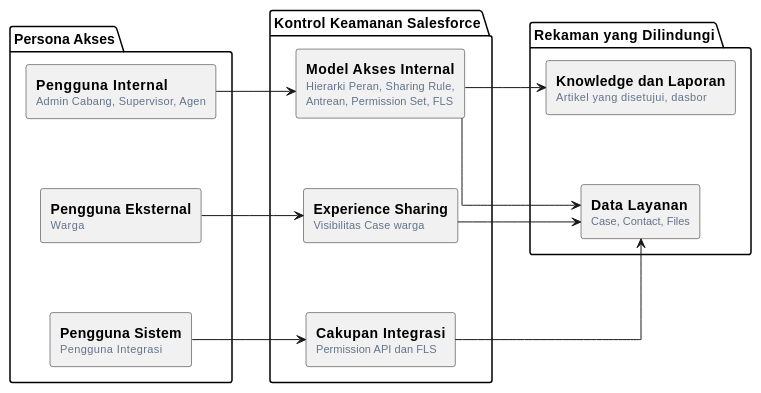
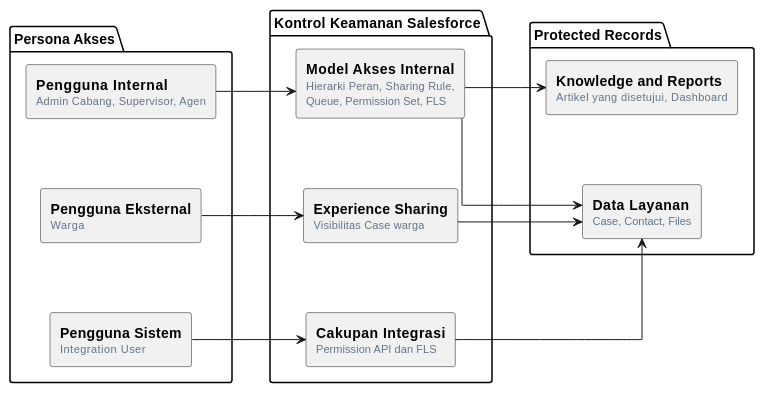
Before and after one commit to jimmytobing/virtusa: diagram 21 of 26 in doc/SADD Task 2 - Bahasa Indonesia.md, drawn with PlantUML. The commit also changed other lines of this file, not shown here.

````diff
--- a/doc/SADD Task 2 - Bahasa Indonesia.md
+++ b/doc/SADD Task 2 - Bahasa Indonesia.md
@@ -1394,61 +1396,61 @@
 ```plantuml
 @startuml
 left to right direction
 skinparam componentStyle rectangle
 skinparam linetype ortho
 skinparam nodesep 70
 skinparam ranksep 70
 
 package "Persona Akses" {
   component InternalUsers [
     <b>Pengguna Internal</b>
     <size:11><color:#64748B>Admin Cabang, Supervisor, Agen</color></size>
   ]
   component ExternalUsers [
     <b>Pengguna Eksternal</b>
     <size:11><color:#64748B>Warga</color></size>
   ]
   component SystemUser [
     <b>Pengguna Sistem</b>
-    <size:11><color:#64748B>Pengguna Integrasi</color></size>
+    <size:11><color:#64748B>Integration User</color></size>
   ]
 }
 
 package "Kontrol Keamanan Salesforce" {
   component InternalAccess [
     <b>Model Akses Internal</b>
     <size:11><color:#64748B>Hierarki Peran, Sharing Rule,</color></size>
-    <size:11><color:#64748B>Antrean, Permission Set, FLS</color></size>
+    <size:11><color:#64748B>Queue, Permission Set, FLS</color></size>
   ]
   component CitizenAccess [
     <b>Experience Sharing</b>
     <size:11><color:#64748B>Visibilitas Case warga</color></size>
   ]
   component IntegrationScope [
     <b>Cakupan Integrasi</b>
     <size:11><color:#64748B>Permission API dan FLS</color></size>
   ]
 }
 
-package "Rekaman yang Dilindungi" {
+package "Protected Records" {
   component ServiceData [
     <b>Data Layanan</b>
     <size:11><color:#64748B>Case, Contact, Files</color></size>
   ]
   component KnowledgeReports [
-    <b>Knowledge dan Laporan</b>
-    <size:11><color:#64748B>Artikel yang disetujui, dasbor</color></size>
+    <b>Knowledge and Reports</b>
+    <size:11><color:#64748B>Artikel yang disetujui, Dashboard</color></size>
   ]
 }
 
 InternalUsers --> InternalAccess
 ExternalUsers --> CitizenAccess
 SystemUser --> IntegrationScope
 
 InternalAccess --> ServiceData
 InternalAccess --> KnowledgeReports
 CitizenAccess --> ServiceData
 IntegrationScope --> ServiceData
 
 @enduml
 ```
````
